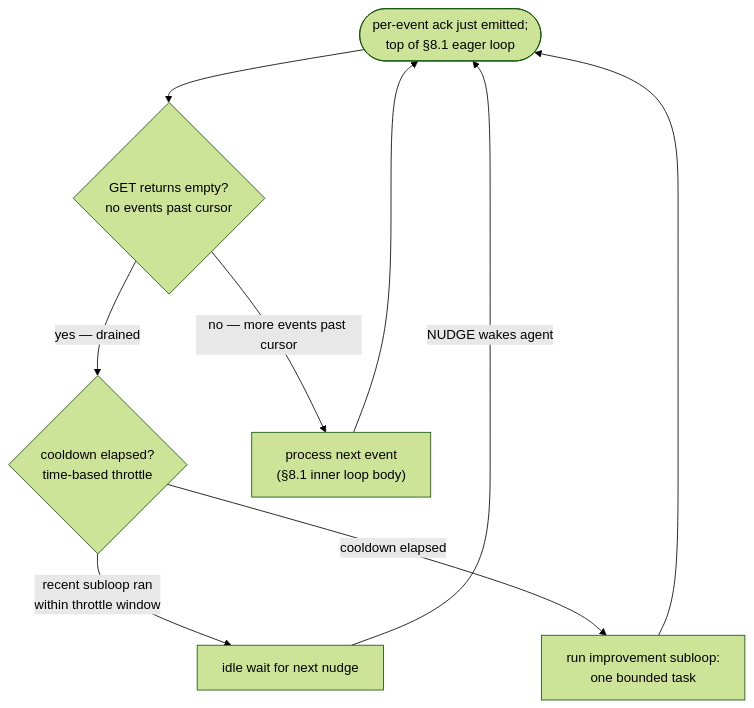
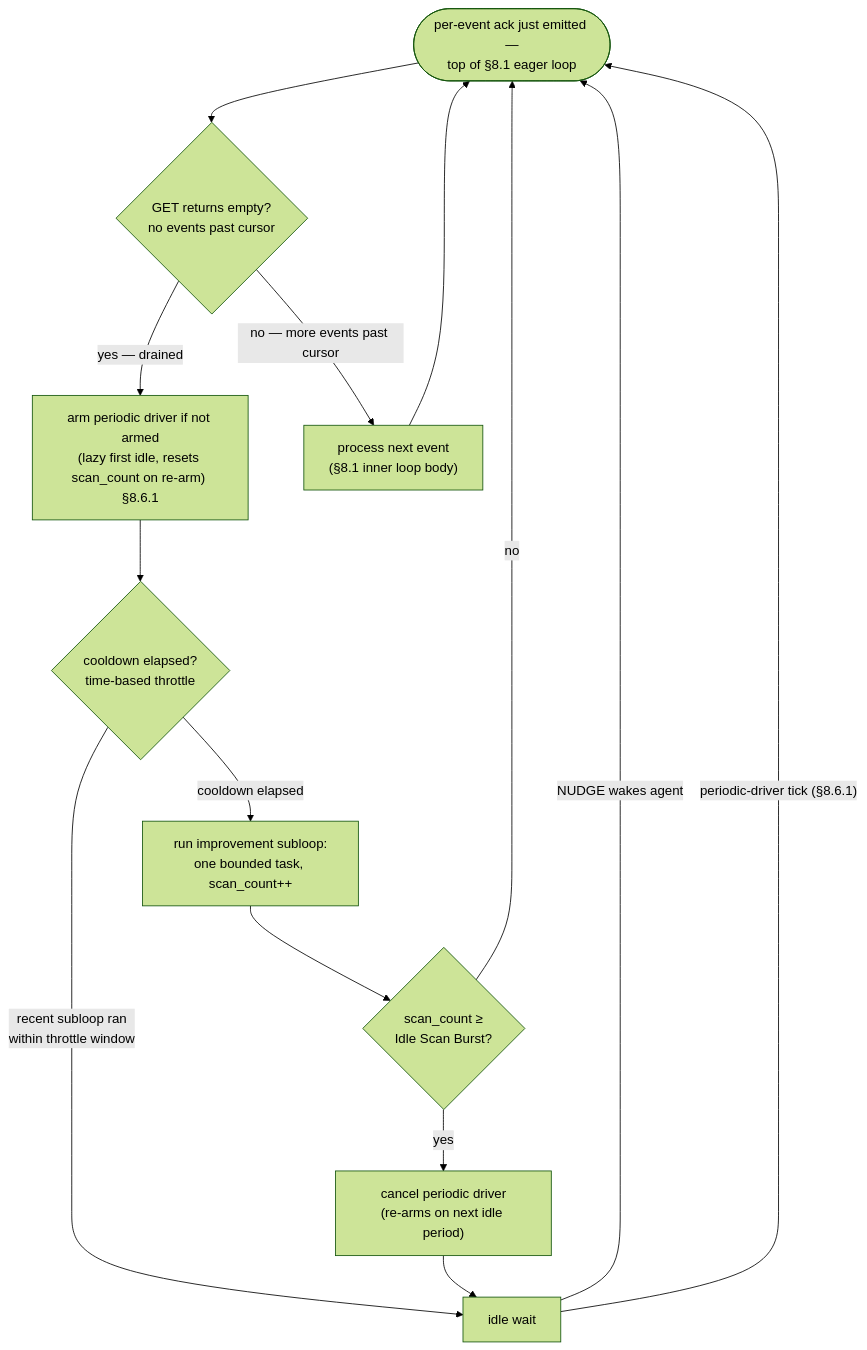
Diagram 14 of 15 in docs/AGENT-RUNTIME.md (WallyDoodlez/SquidSquad), drawn with Mermaid (forest theme) before and after one commit. The commit also changed other lines of this file, not shown here.

First line of the commit message:
docs(#12506): AGENT-RUNTIME §8.6.1 — event-mode periodic driver (fixes dormant improvement subloop) (#12518)

````diff
--- a/docs/AGENT-RUNTIME.md
+++ b/docs/AGENT-RUNTIME.md
@@ -1072,18 +1073,26 @@
 ```mermaid
 flowchart TD
-    Start(["per-event ack just emitted;<br/>top of §8.1 eager loop"])
+    Start(["per-event ack just emitted —<br/>top of §8.1 eager loop"])
     QEmpty{"GET returns empty?<br/>no events past cursor"}
+    Arm["arm periodic driver if not armed<br/>(lazy first idle, resets scan_count on re-arm) §8.6.1"]
     Throttle{"cooldown elapsed?<br/>time-based throttle"}
-    Subloop["run improvement subloop:<br/>one bounded task"]
-    Idle["idle wait for next nudge"]
+    Subloop["run improvement subloop:<br/>one bounded task, scan_count++"]
+    Cap{"scan_count ≥<br/>Idle Scan Burst?"}
+    Cancel["cancel periodic driver<br/>(re-arms on next idle period)"]
+    Idle["idle wait"]
     Process["process next event<br/>(§8.1 inner loop body)"]
 
     Start --> QEmpty
     QEmpty -->|"no — more events past cursor"| Process
     Process --> Start
-    QEmpty -->|"yes — drained"| Throttle
+    QEmpty -->|"yes — drained"| Arm
+    Arm --> Throttle
     Throttle -->|"recent subloop ran<br/>within throttle window"| Idle
     Throttle -->|"cooldown elapsed"| Subloop
-    Subloop --> Start
+    Subloop --> Cap
+    Cap -->|"no"| Start
+    Cap -->|"yes"| Cancel
+    Cancel --> Idle
     Idle -->|"NUDGE wakes agent"| Start
+    Idle -->|"periodic-driver tick (§8.6.1)"| Start
 ```
````
